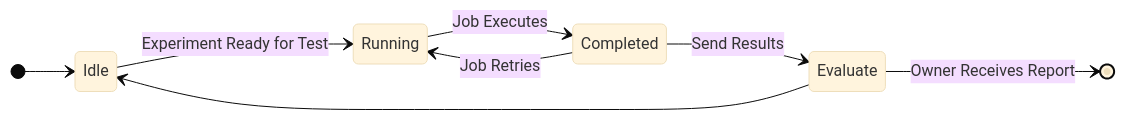
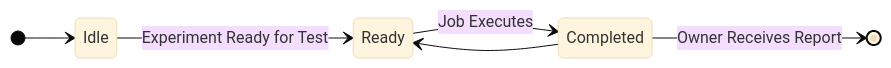
One commit to mozilla/klaatu changed the first of 7 diagrams in docs/sequences.md. Above: the diagram before and after it, drawn with Mermaid (base theme). The commit also changed other lines of this file, not shown here.

Commit message:
Update sequence diagrams after review.

````diff
--- a/docs/sequences.md
+++ b/docs/sequences.md
@@ -9,13 +9,11 @@
 ```mermaid
     stateDiagram-v2
         direction LR
         [*] --> Idle
 
-        Idle --> Running: Experiment Ready for Test
-        Running --> Completed : Job Executes
-        Completed --> Running: Job Retries
-        Completed --> Evaluate : Send Results
-        Evaluate --> [*] : Owner Receives Report
-        Evaluate --> Idle
+        Idle --> Ready: Experiment Ready for Test
+        Ready --> Completed : Job Executes
+        Completed --> Ready
+        Completed --> [*] : Owner Receives Report
 
 ```
````
